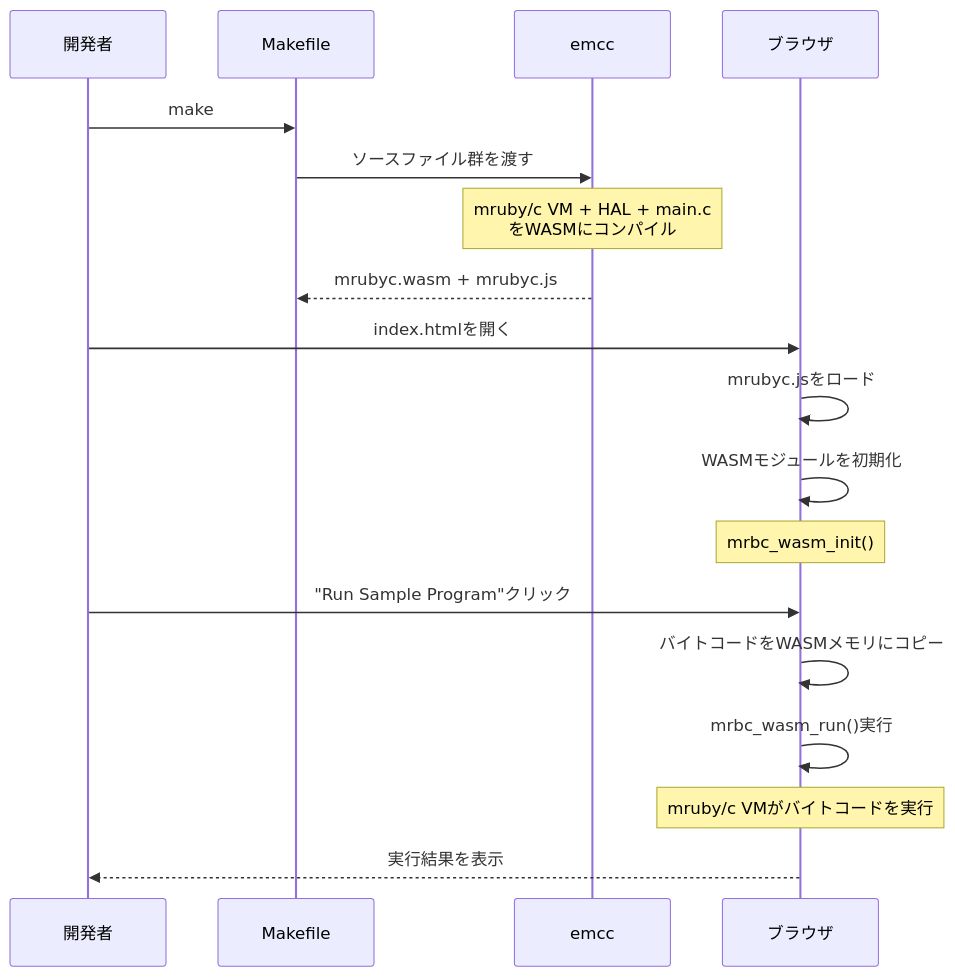
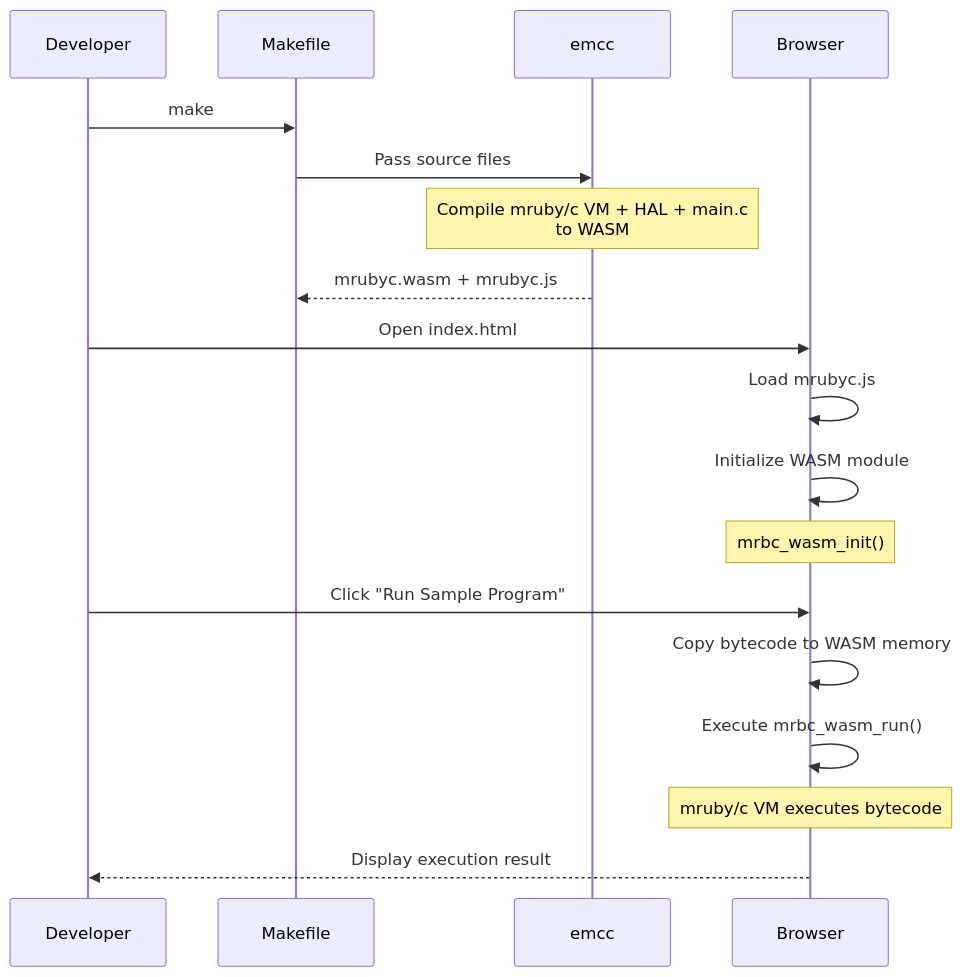
Before and after one commit to uist1idrju3i/study-WebSimulator: the second of 6 diagrams in README.md, drawn with Mermaid. The commit also changed other lines of this file, not shown here.

First line of the commit message:
docs: Translate README.md to English and update WASM API reference

````diff
--- a/README.md
+++ b/README.md
@@ -57,23 +57,23 @@
 ```mermaid
 sequenceDiagram
-    participant Dev as 開発者
+    participant Dev as Developer
     participant Make as Makefile
     participant EMCC as emcc
-    participant Browser as ブラウザ
+    participant Browser as Browser
     
     Dev->>Make: make
-    Make->>EMCC: ソースファイル群を渡す
-    Note over EMCC: mruby/c VM + HAL + main.c<br/>をWASMにコンパイル
+    Make->>EMCC: Pass source files
+    Note over EMCC: Compile mruby/c VM + HAL + main.c<br/>to WASM
     EMCC-->>Make: mrubyc.wasm + mrubyc.js
     
-    Dev->>Browser: index.htmlを開く
-    Browser->>Browser: mrubyc.jsをロード
-    Browser->>Browser: WASMモジュールを初期化
+    Dev->>Browser: Open index.html
+    Browser->>Browser: Load mrubyc.js
+    Browser->>Browser: Initialize WASM module
     Note over Browser: mrbc_wasm_init()
     
-    Dev->>Browser: "Run Sample Program"クリック
-    Browser->>Browser: バイトコードをWASMメモリにコピー
-    Browser->>Browser: mrbc_wasm_run()実行
-    Note over Browser: mruby/c VMがバイトコードを実行
-    Browser-->>Dev: 実行結果を表示
+    Dev->>Browser: Click "Run Sample Program"
+    Browser->>Browser: Copy bytecode to WASM memory
+    Browser->>Browser: Execute mrbc_wasm_run()
+    Note over Browser: mruby/c VM executes bytecode
+    Browser-->>Dev: Display execution result
 ```
````
